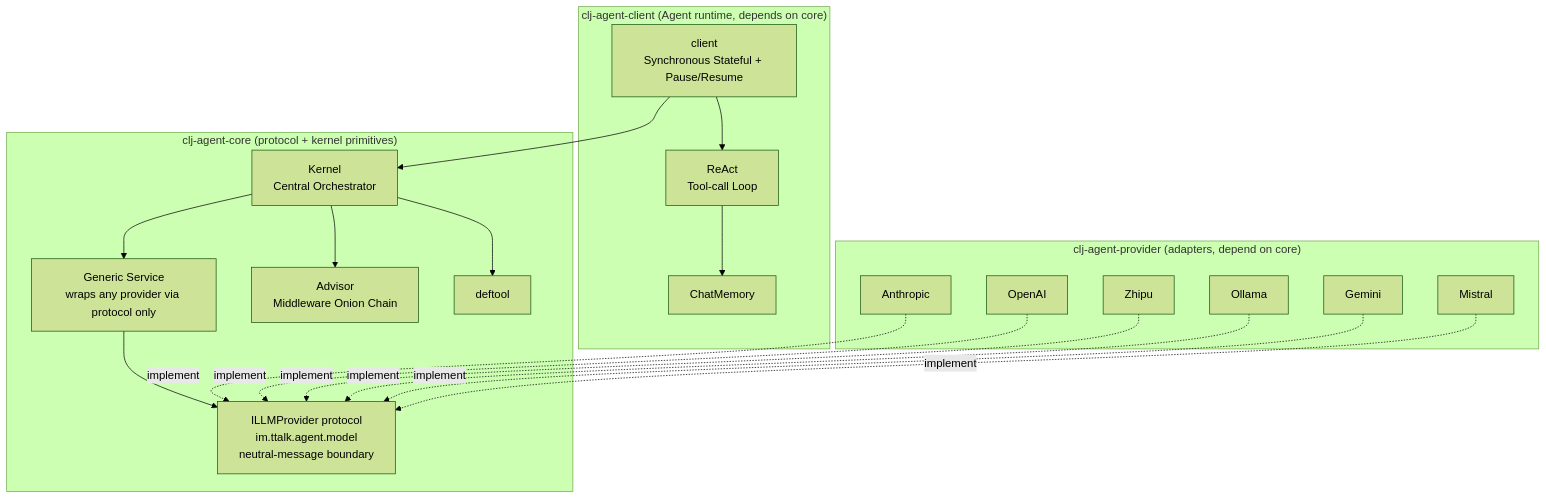
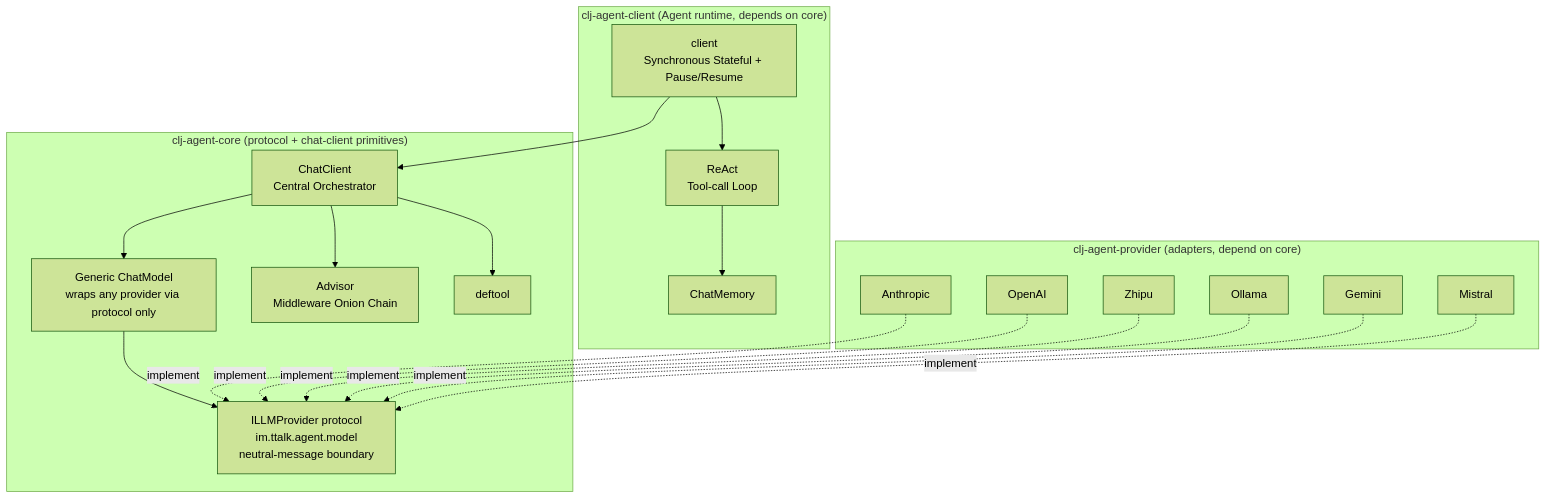
Before and after one commit to TTalkPro/clj-agent: the first of 2 diagrams in README_EN.md, drawn with Mermaid (forest theme). The commit also changed other lines of this file and 95 other files, not shown here.

First line of the commit message:
refactor: modularize agent architecture

````diff
--- a/README_EN.md
+++ b/README_EN.md
@@ -24,34 +24,34 @@
 ```mermaid
 graph TB
-    subgraph "clj-agent-core (protocol + kernel primitives)"
+    subgraph "clj-agent-core (protocol + chat-client primitives)"
         PROTO[ILLMProvider protocol<br/>im.ttalk.agent.model<br/>neutral-message boundary]
-        SV[Generic Service<br/>wraps any provider via protocol only]
-        K[Kernel<br/>Central Orchestrator]
+        SV[Generic ChatModel<br/>wraps any provider via protocol only]
+        K[ChatClient<br/>Central Orchestrator]
         AD[Advisor<br/>Middleware Onion Chain]
         T[deftool]
     end
 
     subgraph "clj-agent-client (Agent runtime, depends on core)"
         SA[client<br/>Synchronous Stateful + Pause/Resume]
         RE[ReAct<br/>Tool-call Loop]
         ME[ChatMemory]
     end
 
     subgraph "clj-agent-provider (adapters, depend on core)"
         AN[Anthropic]
         OA[OpenAI]
         ZP[Zhipu]
         OL[Ollama]
         GM[Gemini]
         MS[Mistral]
     end
 
     SA --> K
     SA --> RE
     K --> T
     K --> AD
     K --> SV
     RE --> ME
     SV --> PROTO
     AN & OA & ZP & OL & GM & MS -. implement .-> PROTO
 ```
````
